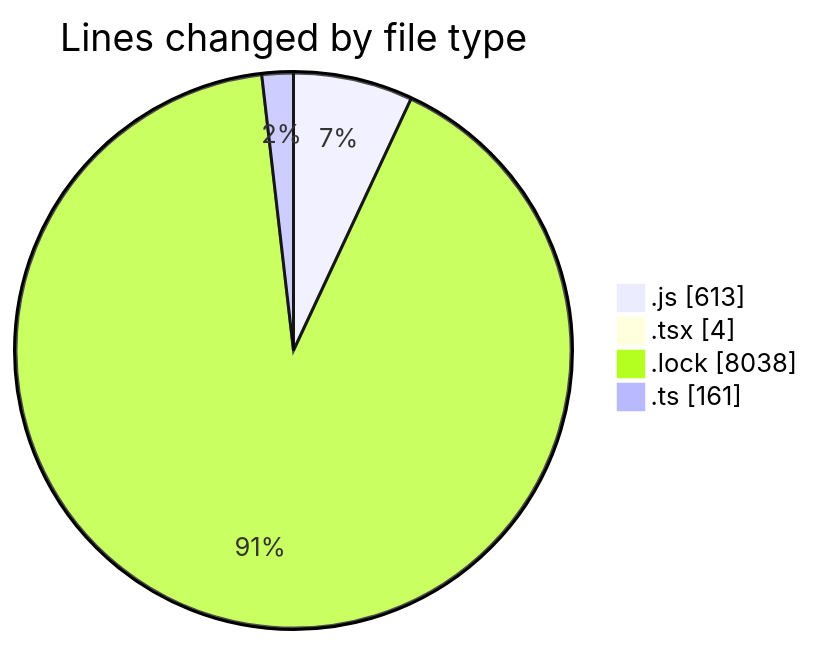
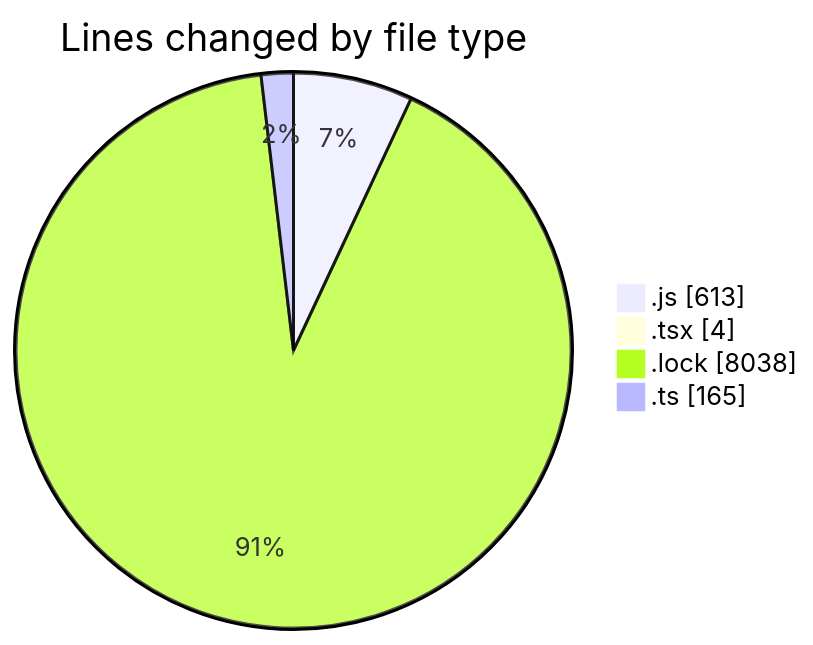
The first of 2 diagrams in 2025-03-11/cda/README.md (momahboobian/code-tracking), drawn with Mermaid before and after one commit. The commit also changed other lines of this file and 1 other file, not shown here.

````diff
--- a/2025-03-11/cda/README.md
+++ b/2025-03-11/cda/README.md
@@ -31,8 +31,8 @@
 ```mermaid
 pie showData
 title Lines changed by file type
 ".js" : 613
 ".tsx" : 4
 ".lock" : 8038
-".ts" : 161
+".ts" : 165
 ```
````
